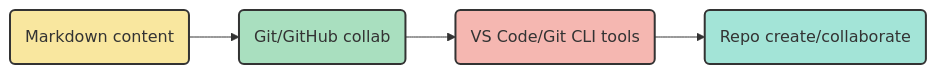
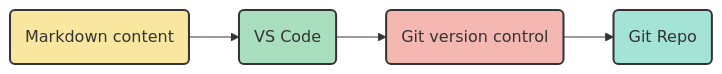
Before and after one commit to buckeye43210/markdown-to-snowkb: the third of 11 diagrams in README.md, drawn with Mermaid. The commit also changed other lines of this file, not shown here.

````diff
--- a/README.md
+++ b/README.md
@@ -223,16 +224,17 @@
 ```mermaid
 graph LR
-    A(Markdown content) --> B(Git/GitHub collab)
-    B --> C(VS Code/Git CLI tools)
-    C --> D(Repo create/collaborate)
+    A(Markdown content)
+    A --> B(VS Code)
+    B --> C(Git version control)
+    C --> D(Git Repo)
 
     classDef markdown fill:#f9e79f,stroke:#333,stroke-width:2px;
     classDef git fill:#a9dfbf,stroke:#333,stroke-width:2px;
     classDef tools fill:#f5b7b1,stroke:#333,stroke-width:2px;
     classDef repo fill:#a3e4d7,stroke:#333,stroke-width:2px;
 
     class A markdown;
     class B git;
     class C tools;
     class D repo;
 ```
````
